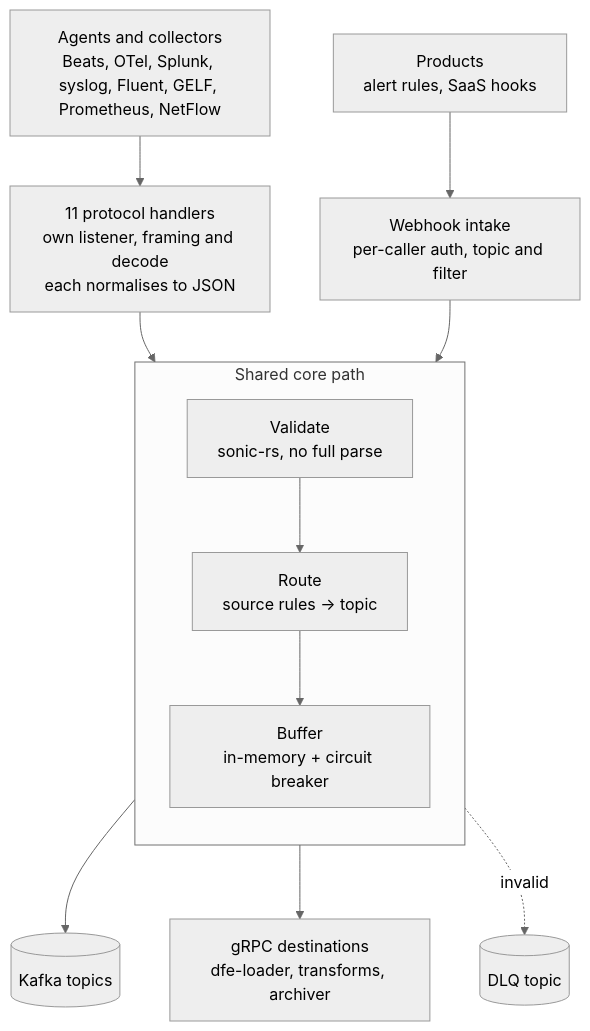
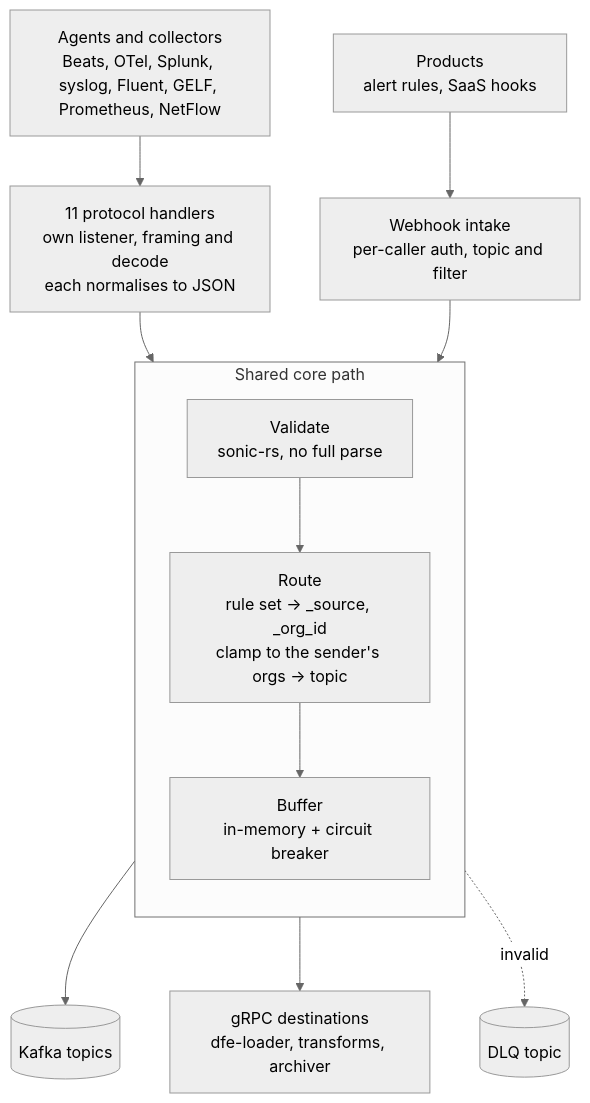
Before and after one commit to hyperi-io/dfe-receiver: the diagram in docs/architecture.md, drawn with Mermaid (neutral theme). The commit also changed other lines of this file and 60 other files, not shown here.

First line of the commit message:
fix(routing): bind _org_id to the sender's orgs (#202)

````diff
--- a/docs/architecture.md
+++ b/docs/architecture.md
@@ -42,23 +42,23 @@
 ```mermaid
 flowchart TB
     AG["Agents and collectors<br/>Beats, OTel, Splunk, syslog, Fluent, GELF, Prometheus, NetFlow"]
     PR["Products<br/>alert rules, SaaS hooks"]
 
     AG --> H["11 protocol handlers<br/>own listener, framing and decode<br/>each normalises to JSON"]
     PR --> W["Webhook intake<br/>per-caller auth, topic and filter"]
 
     H --> CORE
     W --> CORE
 
     subgraph CORE["Shared core path"]
         direction TB
         VAL["Validate<br/>sonic-rs, no full parse"]
-        RT["Route<br/>source rules -> topic"]
+        RT["Route<br/>rule set -> _source, _org_id<br/>clamp to the sender's orgs -> topic"]
         BUF["Buffer<br/>in-memory + circuit breaker"]
         VAL --> RT --> BUF
     end
 
     BUF --> K[("Kafka topics")]
     BUF --> G["gRPC destinations<br/>dfe-loader, transforms, archiver"]
     BUF -. invalid .-> D[("DLQ topic")]
 ```
````
